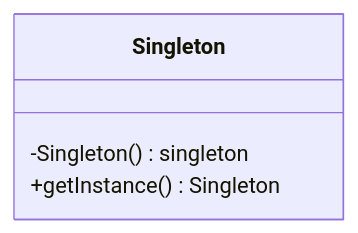
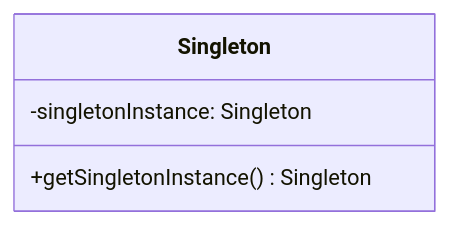
The first of 4 diagrams in 计算机科学/面向对象设计与Java编程/9 设计模式/9-3 创建型模式.md (InfiniteAstral/notes), drawn with Mermaid before and after one commit. The commit also changed other lines of this file and 1 other file, not shown here.

Commit message:
feat: update mermaid class diagram 计算机科学/面向对象设计与Java编程/9 设计模式/9-3 创建型模式.md

````diff
--- a/计算机科学/面向对象设计与Java编程/9 设计模式/9-3 创建型模式.md
+++ b/计算机科学/面向对象设计与Java编程/9 设计模式/9-3 创建型模式.md
@@ -20,7 +20,7 @@
 ```mermaid
 classDiagram
-    class Singleton {
-        -Singleton() singleton
-        +getInstance() Singleton
-    }
+  class Singleton {
+    -singletonInstance: Singleton
+    +getSingletonInstance() Singleton
+  }
 ```
````
